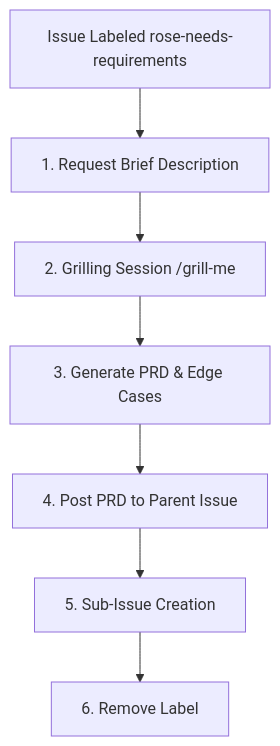
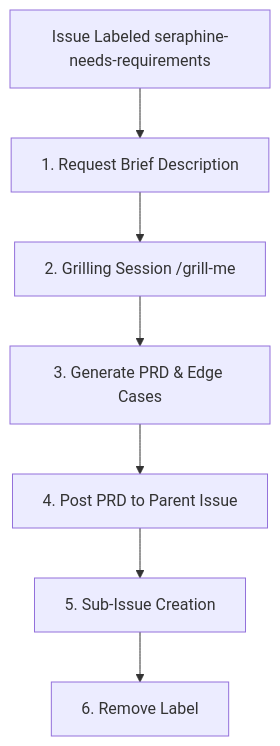
Before and after one commit to brotherlogic/rose: the diagram in .agent/workflows/seraphine-needs-requirements.md, drawn with Mermaid. The commit also changed other lines of this file and 5 other files, not shown here.

Commit message:
chore: replace rose- label prefixes with seraphine-

````diff
--- a/.agent/workflows/seraphine-needs-requirements.md
+++ b/.agent/workflows/seraphine-needs-requirements.md
@@ -7,9 +7,9 @@
 ```mermaid
 graph TD
-    A[Issue Labeled rose-needs-requirements] --> B[1. Request Brief Description]
+    A[Issue Labeled seraphine-needs-requirements] --> B[1. Request Brief Description]
     B --> C[2. Grilling Session /grill-me]
     C --> D[3. Generate PRD & Edge Cases]
     D --> E[4. Post PRD to Parent Issue]
     E --> F[5. Sub-Issue Creation]
     F --> G[6. Remove Label]
 ```
````
